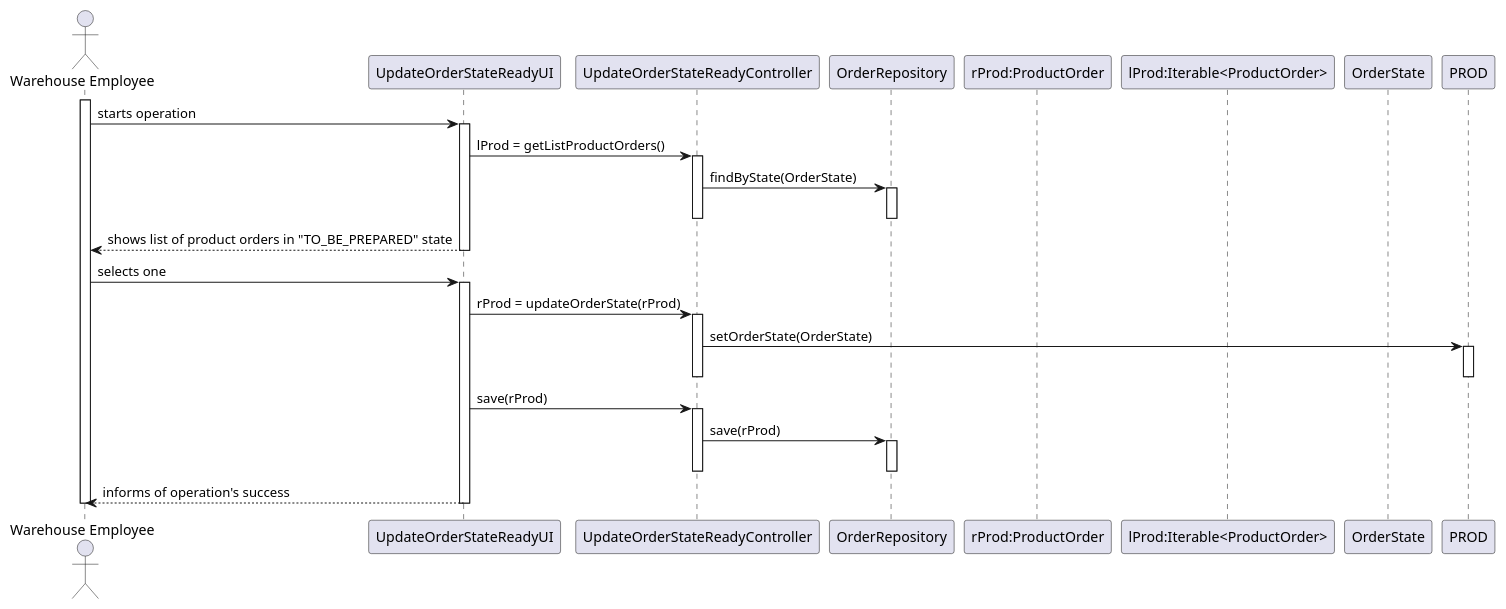
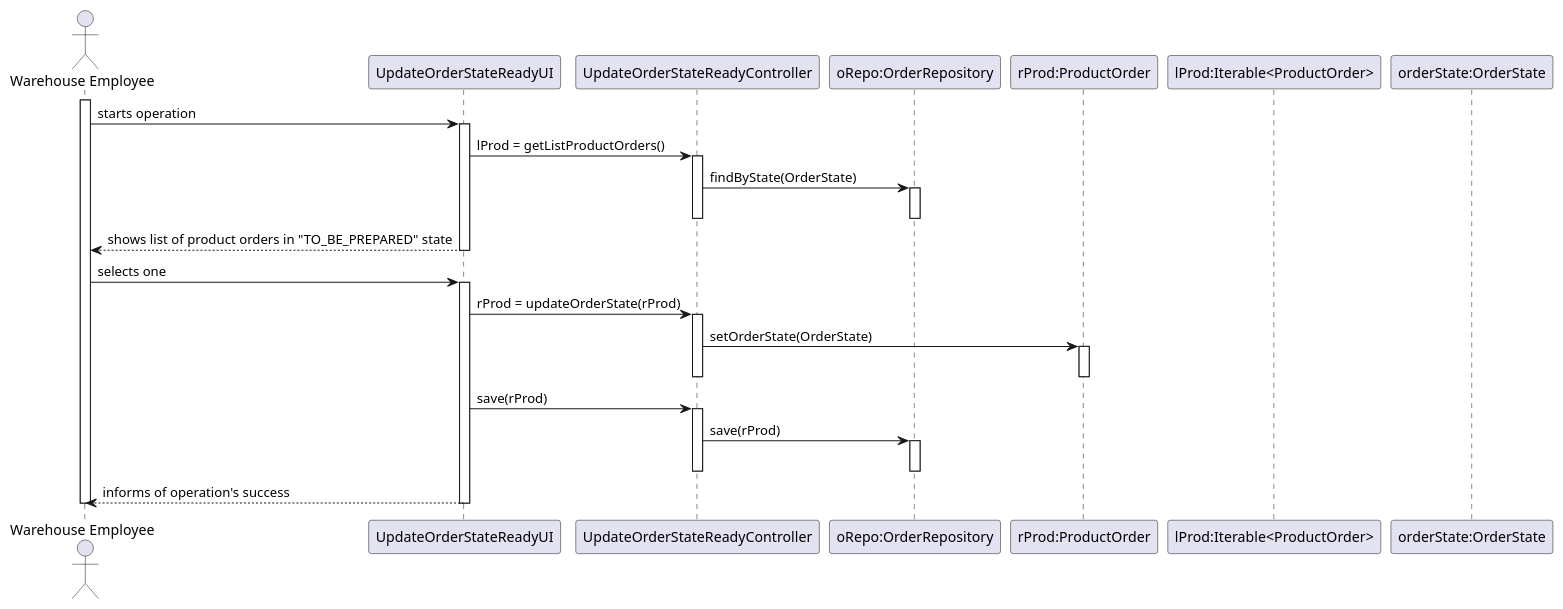
The diagram in docs/1191008/US2004/US2004_SD.puml (RuiRioPina/LAPR4-21-22), drawn with PlantUML before and after one commit.

Commit message:
#35 [US2004] [Design] Updated diagrams

```diff
--- a/docs/1191008/US2004/US2004_SD.puml
+++ b/docs/1191008/US2004/US2004_SD.puml
@@ -1,44 +1,44 @@
 @startuml
 
 actor "Warehouse Employee" as ACT
 
 participant "UpdateOrderStateReadyUI" as UI
 participant "UpdateOrderStateReadyController" as CTRL
 
-participant "OrderRepository" as OREPO
+participant "oRepo:OrderRepository" as OREPO
 
 participant "rProd:ProductOrder" as ORDER
 participant "lProd:Iterable<ProductOrder>" as IORDER
-participant "OrderState" as STATE
+participant "orderState:OrderState" as STATE
 
 activate ACT
 ACT -> UI : starts operation
 activate UI
 UI -> CTRL : lProd = getListProductOrders()
 activate CTRL
 CTRL -> OREPO : findByState(OrderState)
 activate OREPO
 deactivate OREPO
 deactivate CTRL
 UI --> ACT : shows list of product orders in "TO_BE_PREPARED" state
 deactivate UI
 
 ACT -> UI : selects one
 activate UI
 UI -> CTRL : rProd = updateOrderState(rProd)
 activate CTRL
-CTRL -> PROD : setOrderState(OrderState)
-activate PROD
-deactivate PROD
+CTRL -> ORDER : setOrderState(OrderState)
+activate ORDER
+deactivate ORDER
 deactivate CTRL
 UI -> CTRL : save(rProd)
 activate CTRL
 CTRL -> OREPO : save(rProd)
 activate OREPO
 deactivate OREPO
 deactivate CTRL
 UI --> ACT : informs of operation's success
 deactivate UI
 deactivate ACT
 
 @enduml
```
